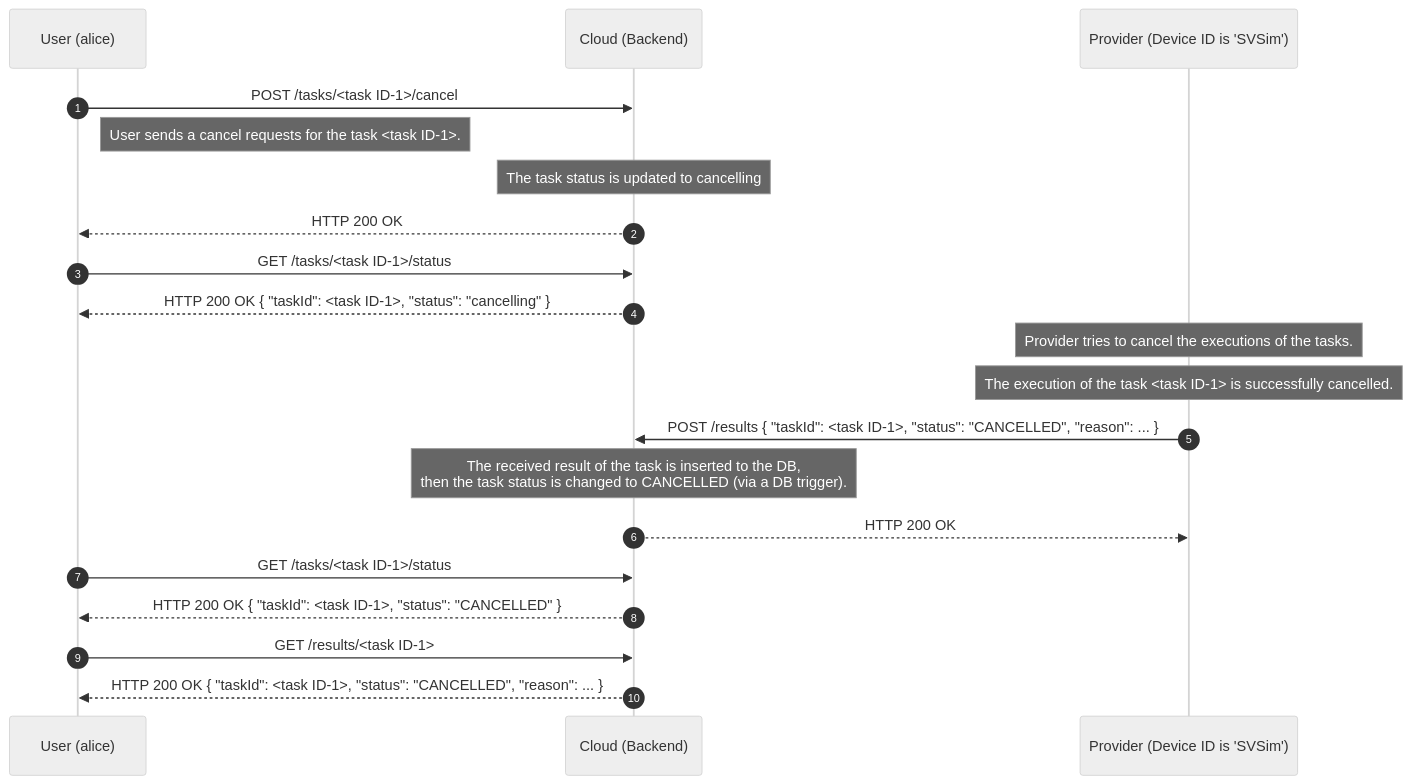
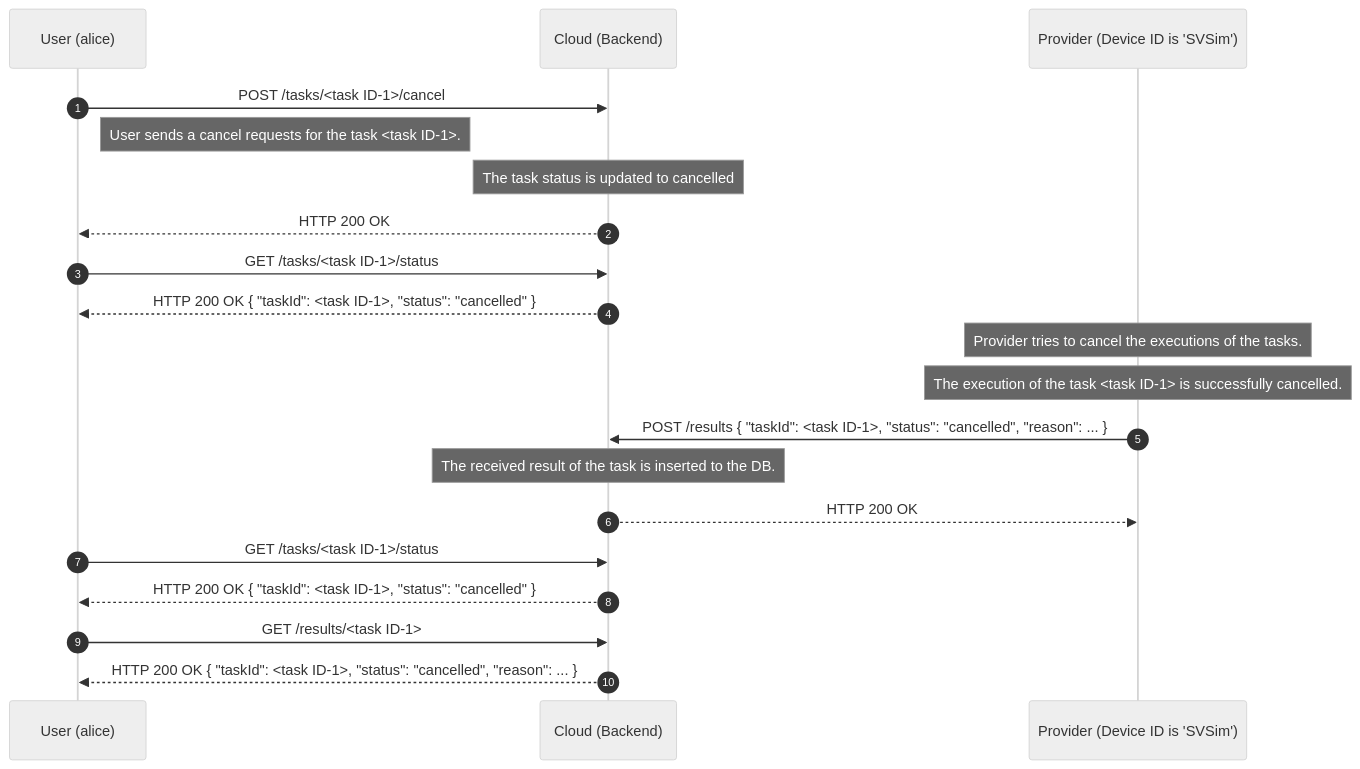
The third of 3 diagrams in docs/ja/architecture/sequence_diagram.md (oqtopus-team/oqtopus-cloud), drawn with Mermaid (neutral theme) before and after one commit. The commit also changed other lines of this file and 37 other files, not shown here.

````diff
--- a/docs/ja/architecture/sequence_diagram.md
+++ b/docs/ja/architecture/sequence_diagram.md
@@ -137,28 +150,28 @@
 ```mermaid
 sequenceDiagram
     autonumber
     participant User as User (alice)
     participant Cloud as Cloud (Backend)
     participant Provider as Provider (Device ID is 'SVSim')
 
     User->>Cloud: POST /tasks/<task ID-1>/cancel
     Note right of User: User sends a cancel requests for the task <task ID-1>.
-    Note over Cloud: The task status is updated to cancelling
+    Note over Cloud: The task status is updated to cancelled
     Cloud-->>User: HTTP 200 OK
 
     User->>Cloud: GET /tasks/<task ID-1>/status
-    Cloud-->>User: HTTP 200 OK { "taskId": <task ID-1>, "status": "cancelling" }
+    Cloud-->>User: HTTP 200 OK { "taskId": <task ID-1>, "status": "cancelled" }
 
     Note over Provider: Provider tries to cancel the executions of the tasks.
     Note over Provider: The execution of the task <task ID-1> is successfully cancelled.
-    Provider->>Cloud: POST /results { "taskId": <task ID-1>, "status": "CANCELLED", "reason": ... }
+    Provider->>Cloud: POST /results { "taskId": <task ID-1>, "status": "cancelled", "reason": ... }
 
-    Note over Cloud: The received result of the task is inserted to the DB,<br> then the task status is changed to CANCELLED (via a DB trigger).
+    Note over Cloud: The received result of the task is inserted to the DB.
     Cloud-->>Provider: HTTP 200 OK
 
     User->>Cloud: GET /tasks/<task ID-1>/status
-    Cloud-->>User: HTTP 200 OK { "taskId": <task ID-1>, "status": "CANCELLED" }
+    Cloud-->>User: HTTP 200 OK { "taskId": <task ID-1>, "status": "cancelled" }
 
     User->>Cloud: GET /results/<task ID-1>
-    Cloud-->>User: HTTP 200 OK { "taskId": <task ID-1>, "status": "CANCELLED", "reason": ... }
+    Cloud-->>User: HTTP 200 OK { "taskId": <task ID-1>, "status": "cancelled", "reason": ... }
 ```
````
